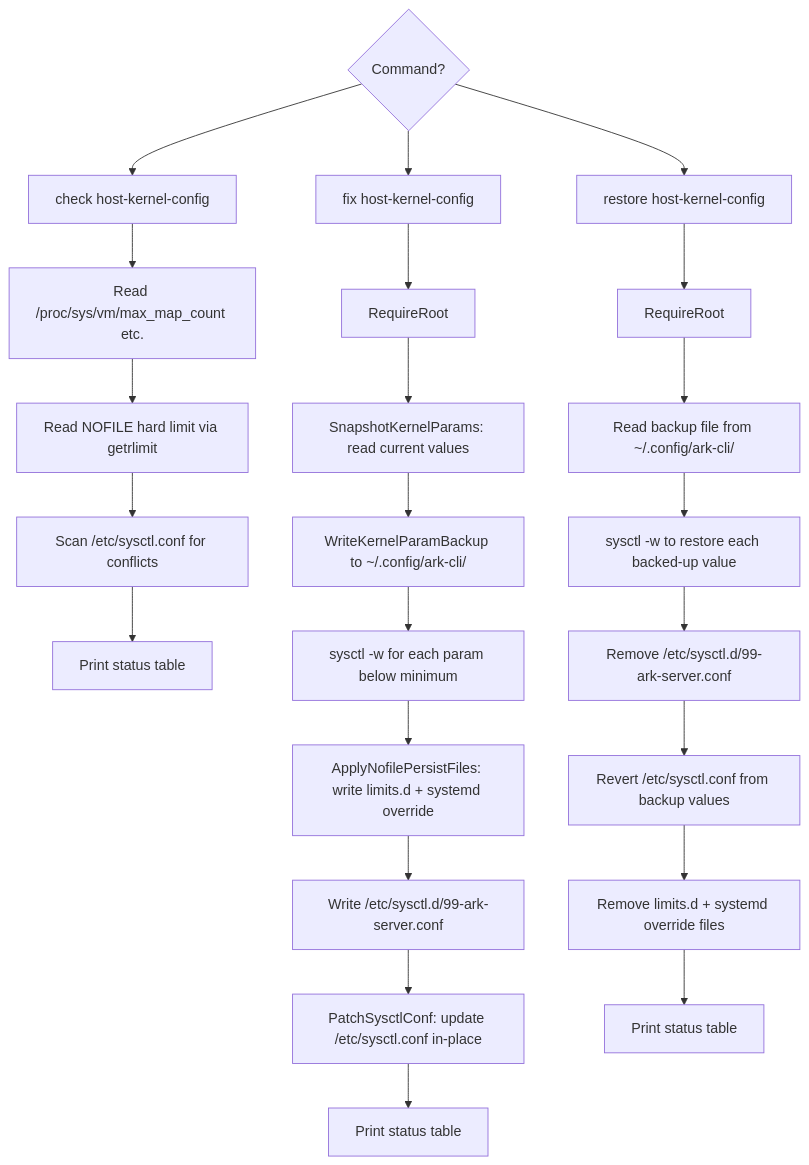
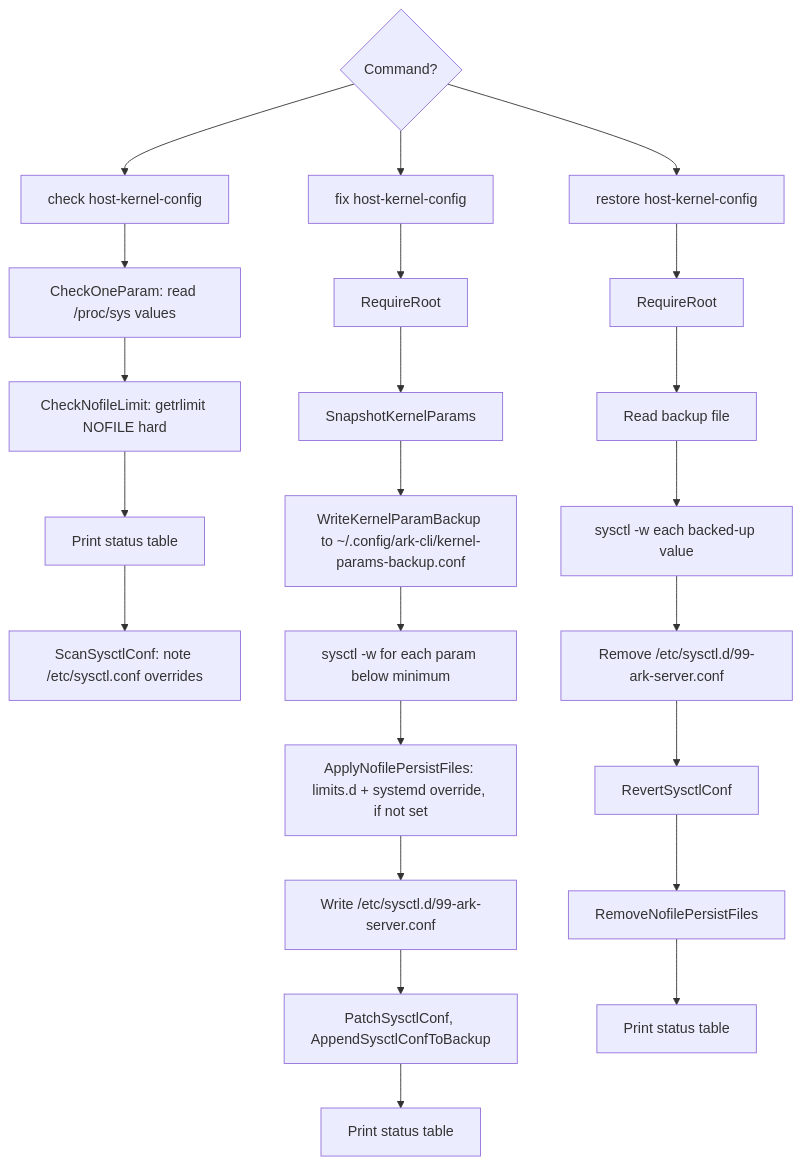
One commit to bryanwieg/arkascended-server changed the ninth of 12 diagrams in docs/dev/reference/runtime-call-graph.md. Above: the diagram before and after it, drawn with Mermaid. The commit also changed other lines of this file and 38 other files, not shown here.

````diff
--- a/docs/dev/reference/runtime-call-graph.md
+++ b/docs/dev/reference/runtime-call-graph.md
@@ -218,28 +240,28 @@
 ```mermaid
 flowchart TD
     A{Command?} --> B[check host-kernel-config]
     A --> C[fix host-kernel-config]
     A --> D[restore host-kernel-config]
 
-    B --> B1[Read /proc/sys/vm/max_map_count etc.]
-    B1 --> B2[Read NOFILE hard limit via getrlimit]
-    B2 --> B3[Scan /etc/sysctl.conf for conflicts]
-    B3 --> B4[Print status table]
+    B --> B1[CheckOneParam: read /proc/sys values]
+    B1 --> B2[CheckNofileLimit: getrlimit NOFILE hard]
+    B2 --> B4[Print status table]
+    B4 --> B3[ScanSysctlConf: note /etc/sysctl.conf overrides]
 
     C --> C1[RequireRoot]
-    C1 --> C2[SnapshotKernelParams: read current values]
-    C2 --> C3[WriteKernelParamBackup to ~/.config/ark-cli/]
+    C1 --> C2[SnapshotKernelParams]
+    C2 --> C3[WriteKernelParamBackup to ~/.config/ark-cli/kernel-params-backup.conf]
     C3 --> C4[sysctl -w for each param below minimum]
-    C4 --> C5[ApplyNofilePersistFiles: write limits.d + systemd override]
+    C4 --> C5[ApplyNofilePersistFiles: limits.d + systemd override, if not set]
     C5 --> C6[Write /etc/sysctl.d/99-ark-server.conf]
-    C6 --> C7[PatchSysctlConf: update /etc/sysctl.conf in-place]
+    C6 --> C7[PatchSysctlConf, AppendSysctlConfToBackup]
     C7 --> C8[Print status table]
 
     D --> D1[RequireRoot]
-    D1 --> D2[Read backup file from ~/.config/ark-cli/]
-    D2 --> D3[sysctl -w to restore each backed-up value]
+    D1 --> D2[Read backup file]
+    D2 --> D3[sysctl -w each backed-up value]
     D3 --> D4[Remove /etc/sysctl.d/99-ark-server.conf]
-    D4 --> D5[Revert /etc/sysctl.conf from backup values]
-    D5 --> D6[Remove limits.d + systemd override files]
+    D4 --> D5[RevertSysctlConf]
+    D5 --> D6[RemoveNofilePersistFiles]
     D6 --> D7[Print status table]
 ```
````
